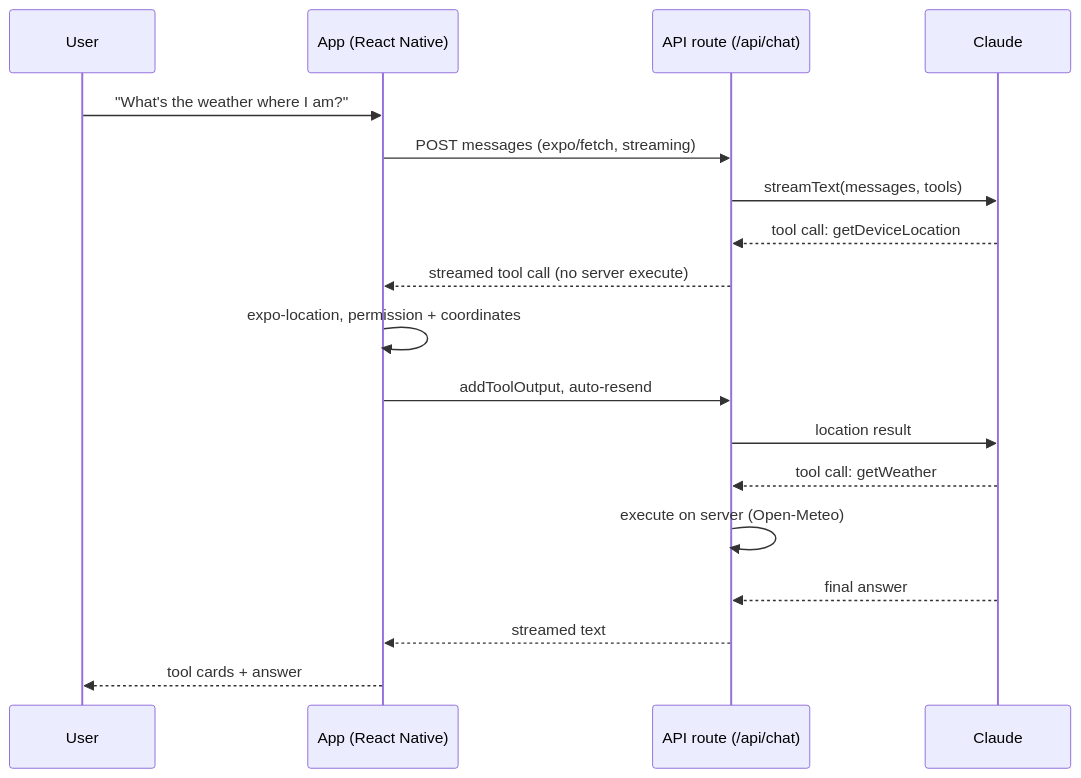
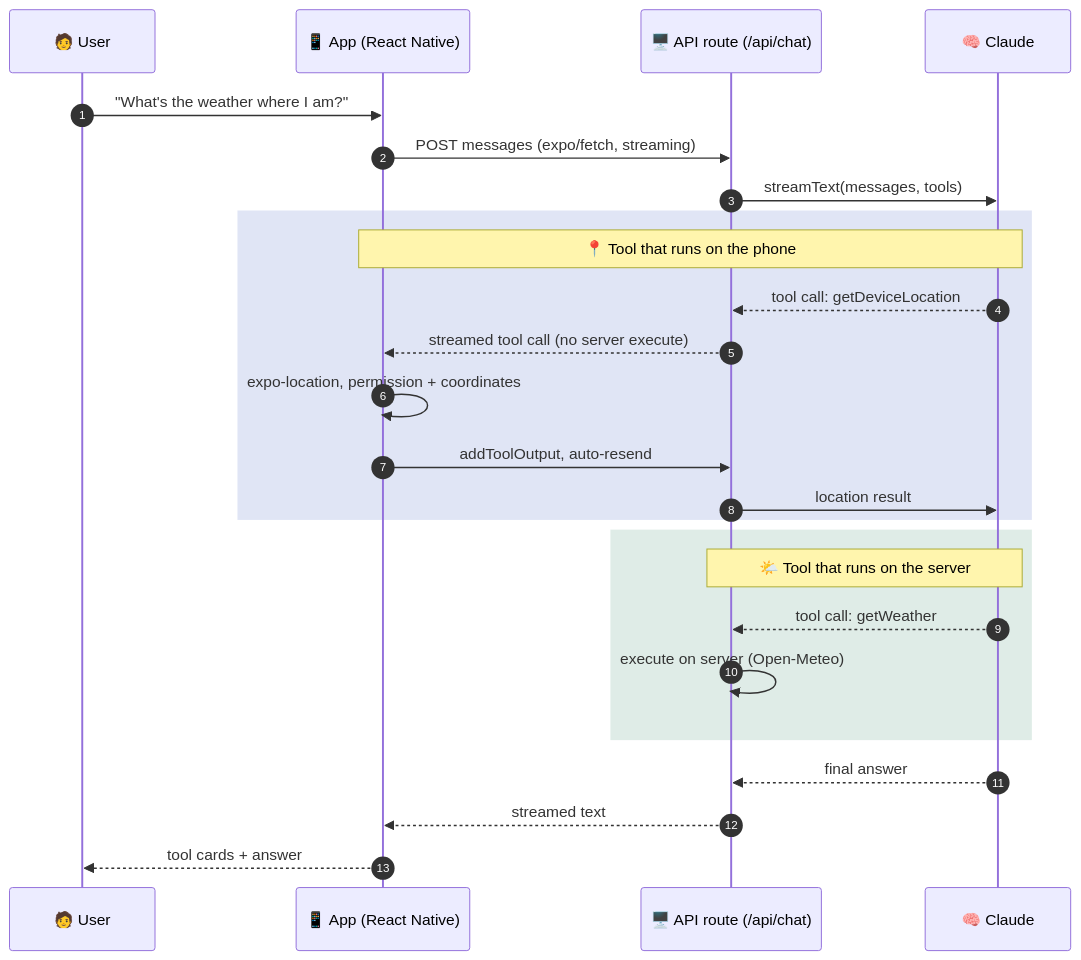
The diagram in README.md (firmoholanda/ai-in-the-app), drawn with Mermaid before and after one commit. The commit also changed other lines of this file, not shown here.

````diff
--- a/README.md
+++ b/README.md
@@ -20,20 +45,31 @@
 ```mermaid
 sequenceDiagram
-  participant U as User
-  participant A as App (React Native)
-  participant R as API route (/api/chat)
-  participant M as Claude
+  autonumber
+  participant U as 🧑 User
+  participant A as 📱 App (React Native)
+  participant R as 🖥️ API route (/api/chat)
+  participant M as 🧠 Claude
+
   U->>A: "What's the weather where I am?"
   A->>R: POST messages (expo/fetch, streaming)
   R->>M: streamText(messages, tools)
-  M-->>R: tool call: getDeviceLocation
-  R-->>A: streamed tool call (no server execute)
-  A->>A: expo-location, permission + coordinates
-  A->>R: addToolOutput, auto-resend
-  R->>M: location result
-  M-->>R: tool call: getWeather
-  R->>R: execute on server (Open-Meteo)
+
+  rect rgba(36, 71, 184, 0.14)
+    Note over A,M: 📍 Tool that runs on the phone
+    M-->>R: tool call: getDeviceLocation
+    R-->>A: streamed tool call (no server execute)
+    A->>A: expo-location, permission + coordinates
+    A->>R: addToolOutput, auto-resend
+    R->>M: location result
+  end
+
+  rect rgba(30, 122, 85, 0.14)
+    Note over R,M: 🌤️ Tool that runs on the server
+    M-->>R: tool call: getWeather
+    R->>R: execute on server (Open-Meteo)
+  end
+
   M-->>R: final answer
   R-->>A: streamed text
   A-->>U: tool cards + answer
 ```
````
